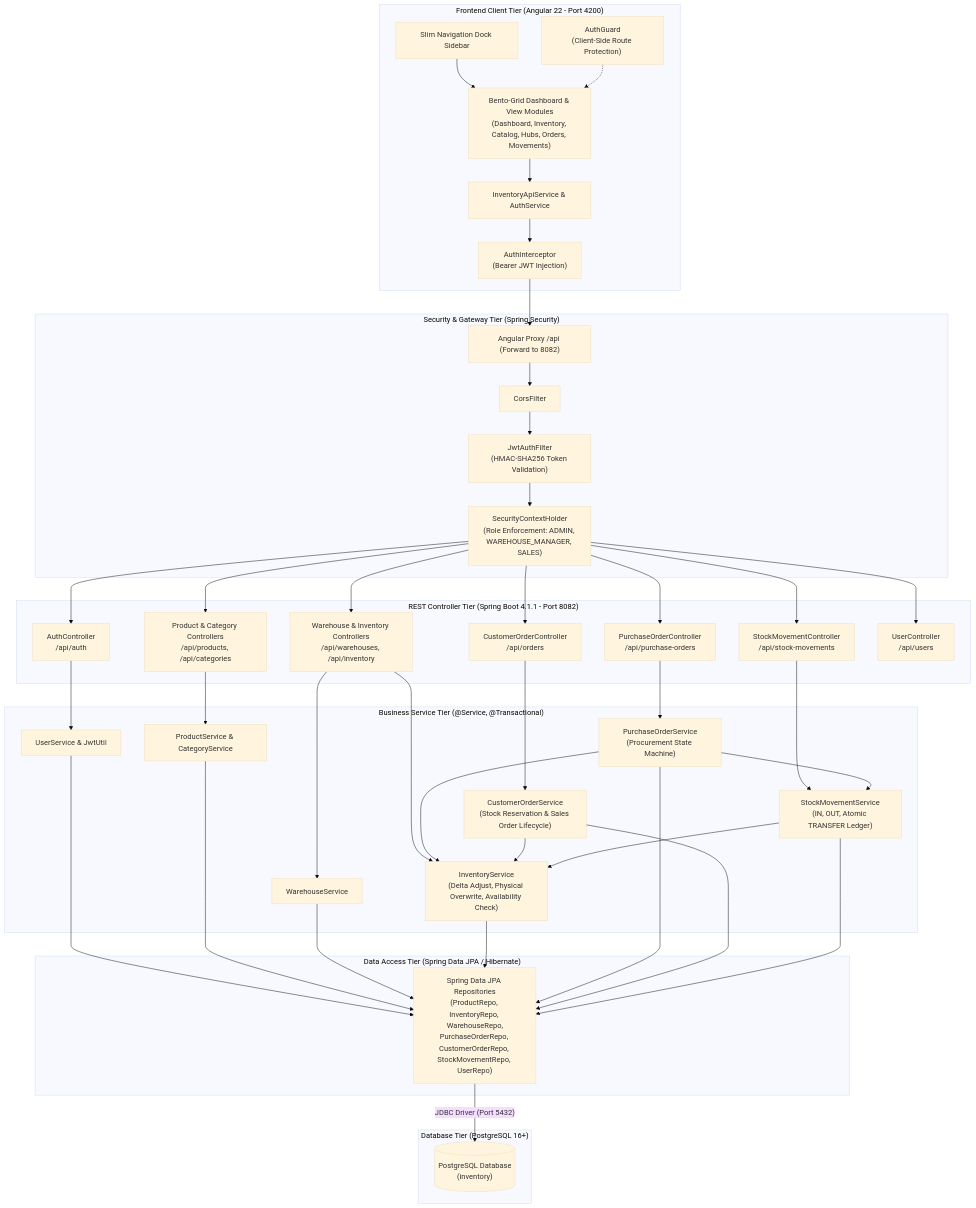
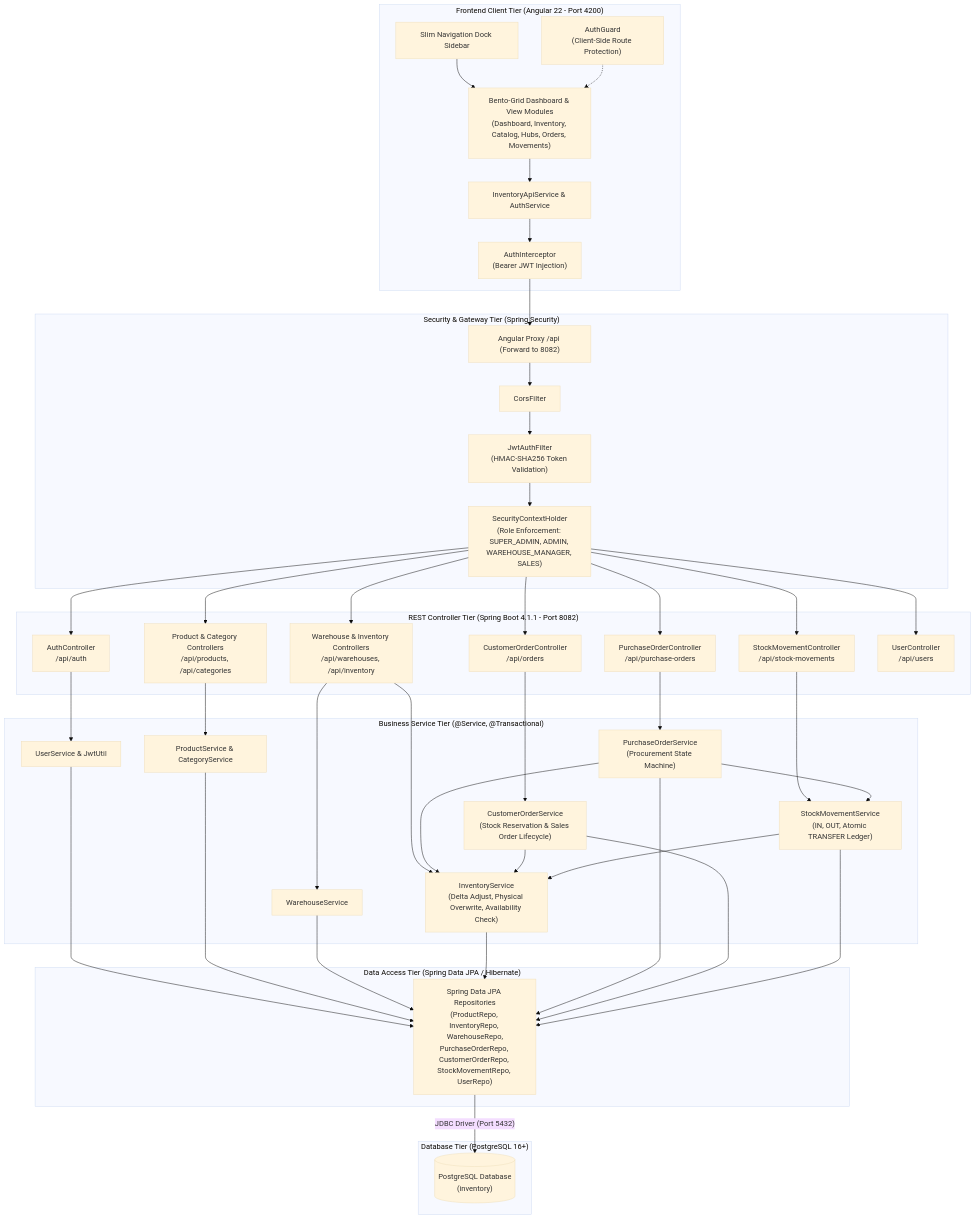
One commit to itsam-13/RIMS changed the first of 7 diagrams in README.md. Above: the diagram before and after it, drawn with Mermaid (base theme). The commit also changed other lines of this file and 45 other files, not shown here.

Commit message:
Add superadmin account approval flow

````diff
--- a/README.md
+++ b/README.md
@@ -86,66 +86,66 @@
 ```mermaid
 flowchart TD
     subgraph ClientTier["Frontend Client Tier (Angular 22 - Port 4200)"]
         UI["Bento-Grid Dashboard & View Modules\n(Dashboard, Inventory, Catalog, Hubs, Orders, Movements)"]
         Dock["Slim Navigation Dock Sidebar"]
         AuthG["AuthGuard\n(Client-Side Route Protection)"]
         Interceptor["AuthInterceptor\n(Bearer JWT Injection)"]
         APISvc["InventoryApiService & AuthService"]
         
         Dock --> UI
         AuthG -.-> UI
         UI --> APISvc
         APISvc --> Interceptor
     end
 
     subgraph SecurityTier["Security & Gateway Tier (Spring Security)"]
         Proxy["Angular Proxy /api (Forward to 8082)"]
         CORS["CorsFilter"]
         JWTFilter["JwtAuthFilter\n(HMAC-SHA256 Token Validation)"]
-        SecCtx["SecurityContextHolder\n(Role Enforcement: ADMIN, WAREHOUSE_MANAGER, SALES)"]
+        SecCtx["SecurityContextHolder\n(Role Enforcement: SUPER_ADMIN, ADMIN, WAREHOUSE_MANAGER, SALES)"]
         
         Interceptor --> Proxy
         Proxy --> CORS
         CORS --> JWTFilter
         JWTFilter --> SecCtx
     end
 
     subgraph ControllerTier["REST Controller Tier (Spring Boot 4.1.1 - Port 8082)"]
         SecCtx --> AuthCtrl["AuthController\n/api/auth"]
         SecCtx --> ProdCtrl["Product & Category Controllers\n/api/products, /api/categories"]
         SecCtx --> WhCtrl["Warehouse & Inventory Controllers\n/api/warehouses, /api/inventory"]
         SecCtx --> POCtrl["PurchaseOrderController\n/api/purchase-orders"]
         SecCtx --> CustCtrl["CustomerOrderController\n/api/orders"]
         SecCtx --> MvmtCtrl["StockMovementController\n/api/stock-movements"]
         SecCtx --> UserCtrl["UserController\n/api/users"]
     end
 
     subgraph ServiceTier["Business Service Tier (@Service, @Transactional)"]
         AuthCtrl --> UserSvc["UserService & JwtUtil"]
         ProdCtrl --> ProdSvc["ProductService & CategoryService"]
         WhCtrl --> WhSvc["WarehouseService"]
         WhCtrl --> InvSvc["InventoryService\n(Delta Adjust, Physical Overwrite, Availability Check)"]
         POCtrl --> POSvc["PurchaseOrderService\n(Procurement State Machine)"]
         CustCtrl --> CustSvc["CustomerOrderService\n(Stock Reservation & Sales Order Lifecycle)"]
         MvmtCtrl --> MvmtSvc["StockMovementService\n(IN, OUT, Atomic TRANSFER Ledger)"]
         
         POSvc --> InvSvc
         POSvc --> MvmtSvc
         CustSvc --> InvSvc
         MvmtSvc --> InvSvc
     end
 
     subgraph PersistenceTier["Data Access Tier (Spring Data JPA / Hibernate)"]
         UserSvc --> Repos["Spring Data JPA Repositories\n(ProductRepo, InventoryRepo, WarehouseRepo,\nPurchaseOrderRepo, CustomerOrderRepo, StockMovementRepo, UserRepo)"]
         ProdSvc --> Repos
         WhSvc --> Repos
         InvSvc --> Repos
         POSvc --> Repos
         CustSvc --> Repos
         MvmtSvc --> Repos
     end
 
     subgraph DatabaseTier["Database Tier (PostgreSQL 16+)"]
         Repos -->|"JDBC Driver (Port 5432)"| PG[("PostgreSQL Database\n(inventory)")]
     end
 ```
````
